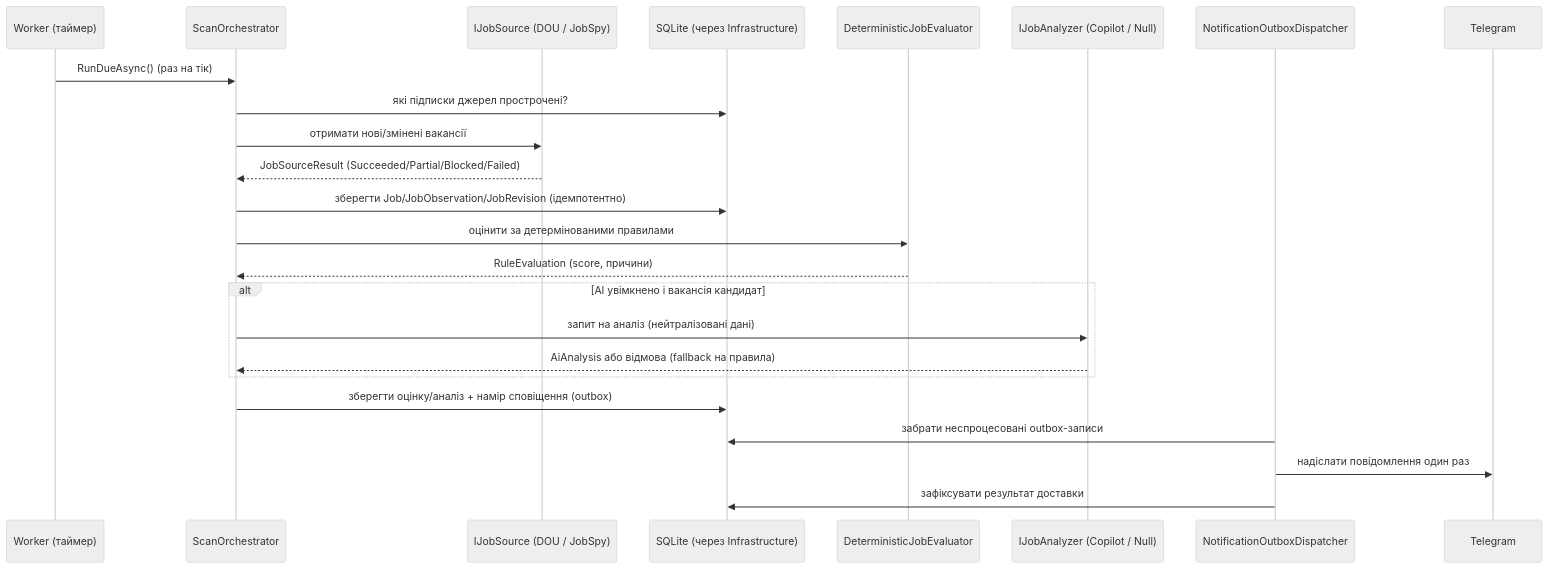
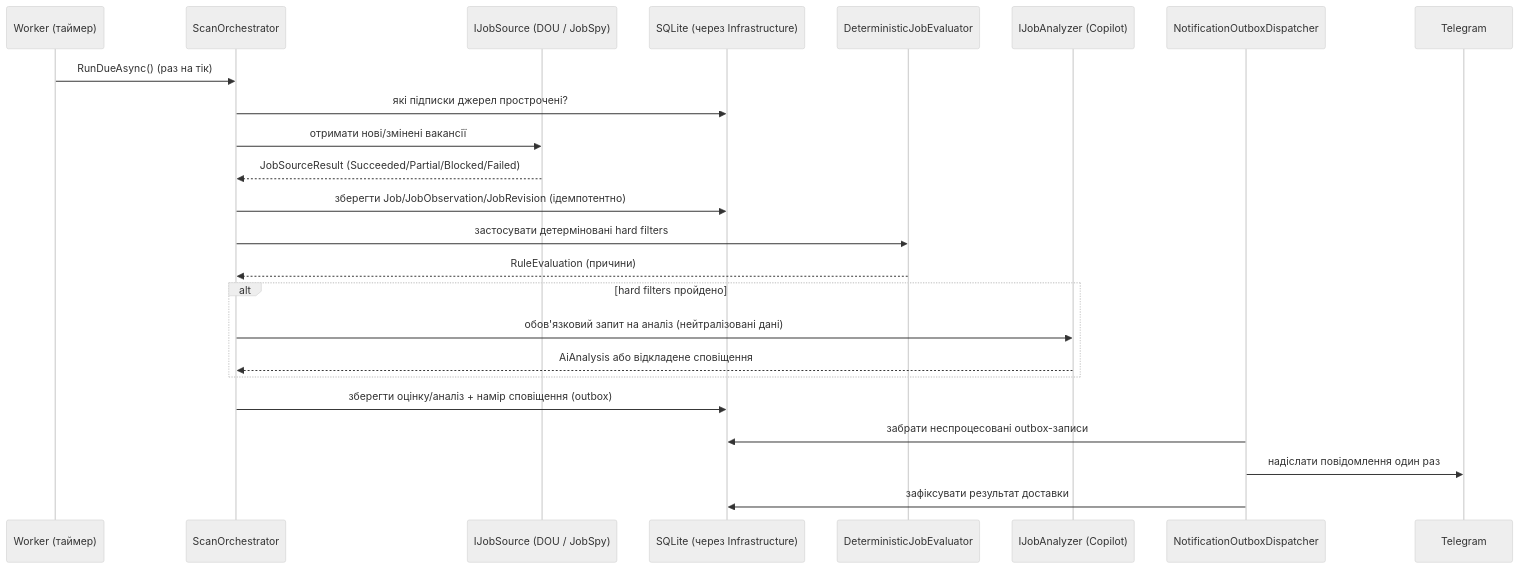
The second of 3 diagrams in docs/ARCHITECTURE.md (FedosiukAndrii/job-hunter), drawn with Mermaid (neutral theme) before and after one commit. The commit also changed other lines of this file and 53 other files, not shown here.

````diff
--- a/docs/ARCHITECTURE.md
+++ b/docs/ARCHITECTURE.md
@@ -97,27 +98,27 @@
 ```mermaid
 sequenceDiagram
     participant W as Worker (таймер)
     participant O as ScanOrchestrator
     participant S as IJobSource (DOU / JobSpy)
     participant D as SQLite (через Infrastructure)
     participant E as DeterministicJobEvaluator
-    participant A as IJobAnalyzer (Copilot / Null)
+    participant A as IJobAnalyzer (Copilot)
     participant N as NotificationOutboxDispatcher
     participant T as Telegram
 
     W->>O: RunDueAsync() (раз на тік)
     O->>D: які підписки джерел прострочені?
     O->>S: отримати нові/змінені вакансії
     S-->>O: JobSourceResult (Succeeded/Partial/Blocked/Failed)
     O->>D: зберегти Job/JobObservation/JobRevision (ідемпотентно)
-    O->>E: оцінити за детермінованими правилами
-    E-->>O: RuleEvaluation (score, причини)
-    alt AI увімкнено і вакансія кандидат
-        O->>A: запит на аналіз (нейтралізовані дані)
-        A-->>O: AiAnalysis або відмова (fallback на правила)
+    O->>E: застосувати детерміновані hard filters
+    E-->>O: RuleEvaluation (причини)
+    alt hard filters пройдено
+      O->>A: обов'язковий запит на аналіз (нейтралізовані дані)
+      A-->>O: AiAnalysis або відкладене сповіщення
     end
     O->>D: зберегти оцінку/аналіз + намір сповіщення (outbox)
     N->>D: забрати неспроцесовані outbox-записи
     N->>T: надіслати повідомлення один раз
     N->>D: зафіксувати результат доставки
 ```
````
